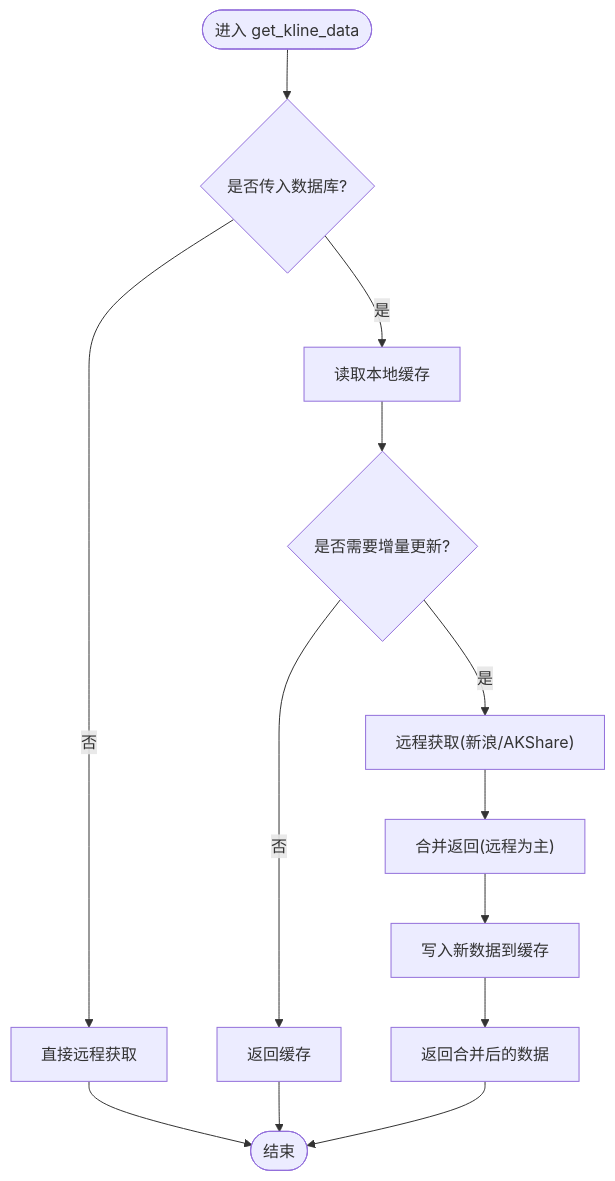
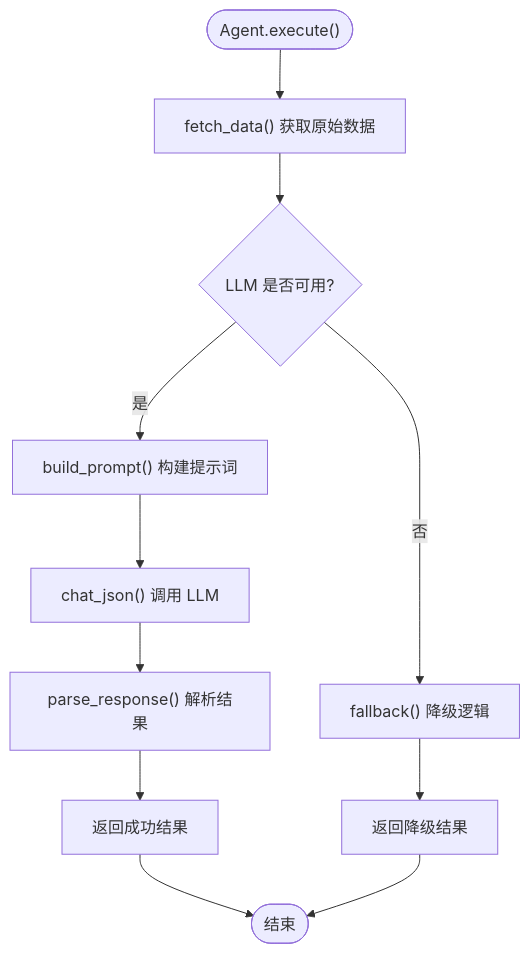
The third of 5 diagrams in .qoder/repowiki/zh/content/开发指南/开发指南.md (Moruime/stock_foker), drawn with Mermaid before and after one commit. The commit also changed other lines of this file and 52 other files, not shown here.

````diff
--- a/.qoder/repowiki/zh/content/开发指南/开发指南.md
+++ b/.qoder/repowiki/zh/content/开发指南/开发指南.md
@@ -245,15 +205,13 @@
 ```mermaid
 flowchart TD
-Start(["进入 get_kline_data"]) --> HasDB{"是否传入数据库?"}
-HasDB --> |否| RemoteOnly["直接远程获取"]
-HasDB --> |是| LoadCache["读取本地缓存"]
-LoadCache --> NeedFetch{"是否需要增量更新?"}
-NeedFetch --> |否| ReturnCache["返回缓存"]
-NeedFetch --> |是| FetchRemote["远程获取(新浪/AKShare)"]
-FetchRemote --> Merge["合并返回(远程为主)"]
-Merge --> WriteCache["写入新数据到缓存"]
-WriteCache --> ReturnMerged["返回合并后的数据"]
-RemoteOnly --> End(["结束"])
-ReturnCache --> End
-ReturnMerged --> End
+Start(["Agent.execute()"]) --> Fetch["fetch_data() 获取原始数据"]
+Fetch --> LLMCheck{"LLM 是否可用?"}
+LLMCheck --> |是| BuildPrompt["build_prompt() 构建提示词"]
+BuildPrompt --> CallLLM["chat_json() 调用 LLM"]
+CallLLM --> ParseResp["parse_response() 解析结果"]
+ParseResp --> Success["返回成功结果"]
+LLMCheck --> |否| Fallback["fallback() 降级逻辑"]
+Fallback --> Degraded["返回降级结果"]
+Success --> End(["结束"])
+Degraded --> End
 ```
````
